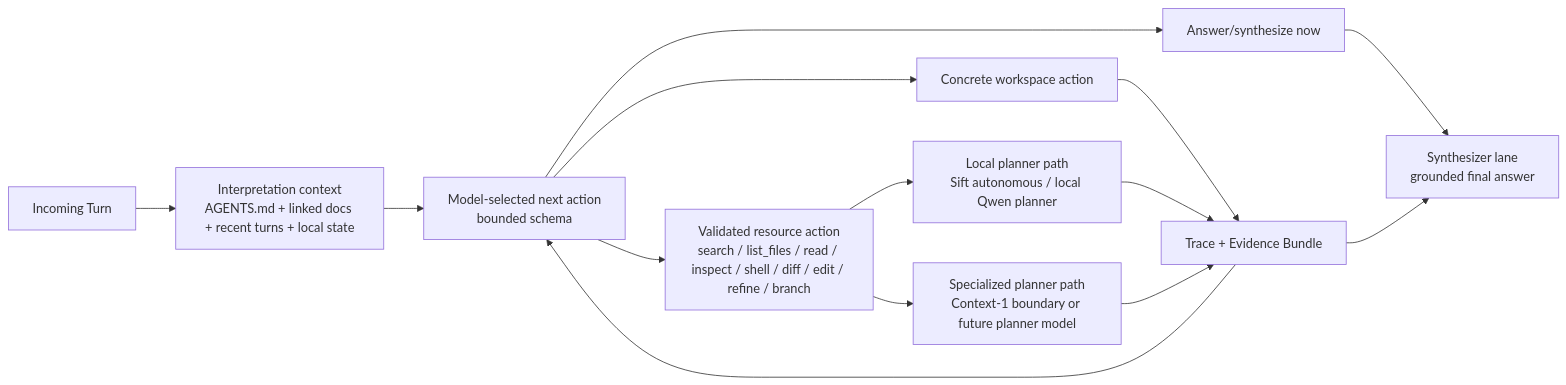
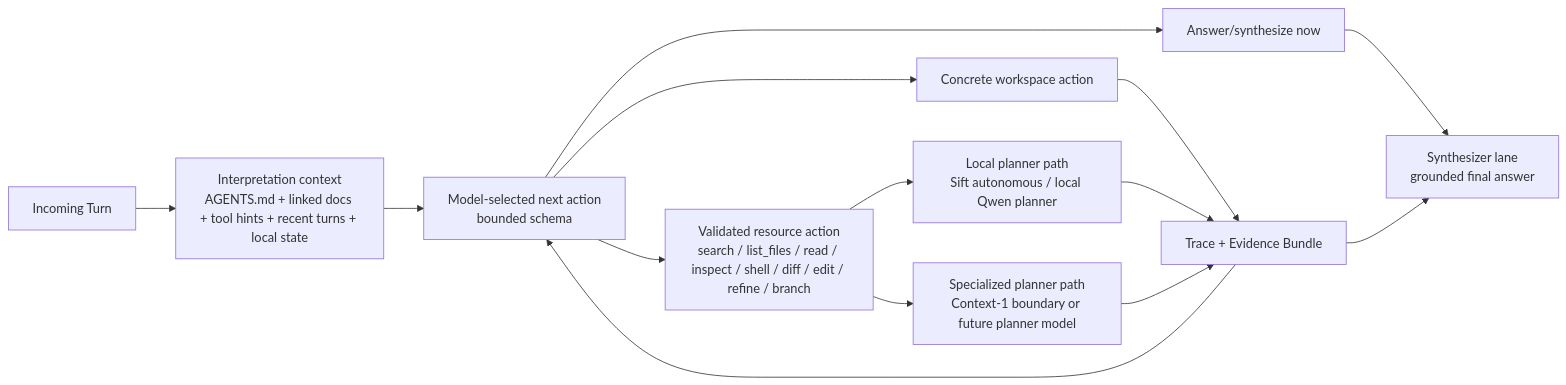
The second of 5 diagrams in README.md (spoke-sh/paddles), drawn with Mermaid before and after one commit. The commit also changed other lines of this file and 8 other files, not shown here.

First line of the commit message:
feat: bootstrap planner tool hints from operator docs

````diff
--- a/README.md
+++ b/README.md
@@ -51,22 +51,22 @@
 ```mermaid
 flowchart LR
     Turn["Incoming Turn"]
-    Interpret["Interpretation context<br/>AGENTS.md + linked docs + recent turns + local state"]
+    Interpret["Interpretation context<br/>AGENTS.md + linked docs + tool hints + recent turns + local state"]
     Decide["Model-selected next action<br/>bounded schema"]
     Direct["Answer/synthesize now"]
     Tool["Concrete workspace action"]
     Resource["Validated resource action<br/>search / list_files / read / inspect / shell / diff / edit / refine / branch"]
     LocalPlanner["Local planner path<br/>Sift autonomous / local Qwen planner"]
     HeavyPlanner["Specialized planner path<br/>Context-1 boundary or future planner model"]
     Evidence["Trace + Evidence Bundle"]
     Synth["Synthesizer lane<br/>grounded final answer"]
 
     Turn --> Interpret --> Decide
     Decide --> Direct --> Synth
     Decide --> Tool --> Evidence
     Decide --> Resource
     Resource --> LocalPlanner --> Evidence
     Resource --> HeavyPlanner --> Evidence
     Evidence --> Decide
     Evidence --> Synth
 ```
````
